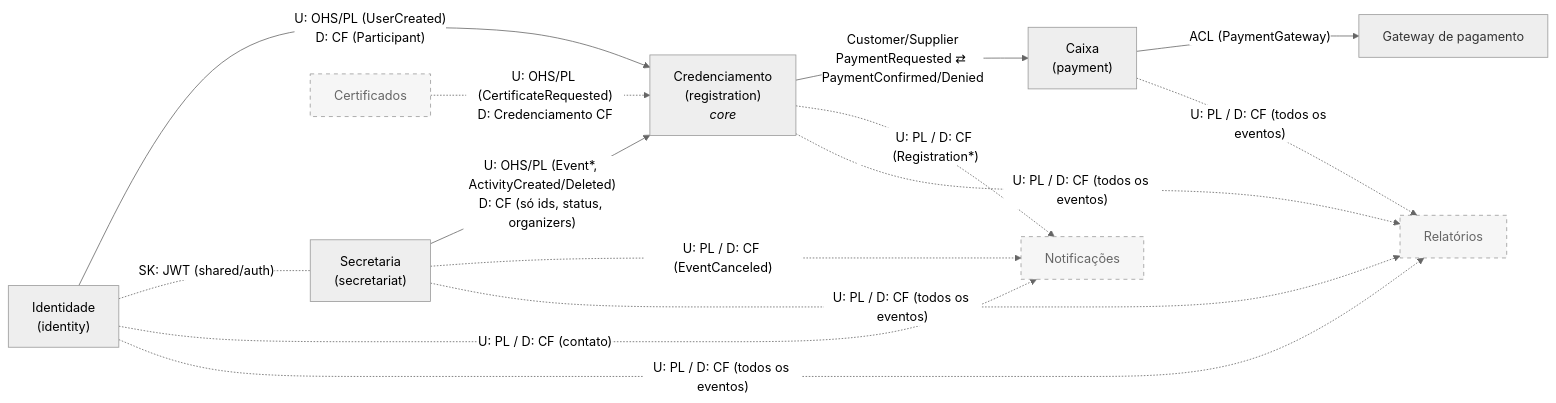
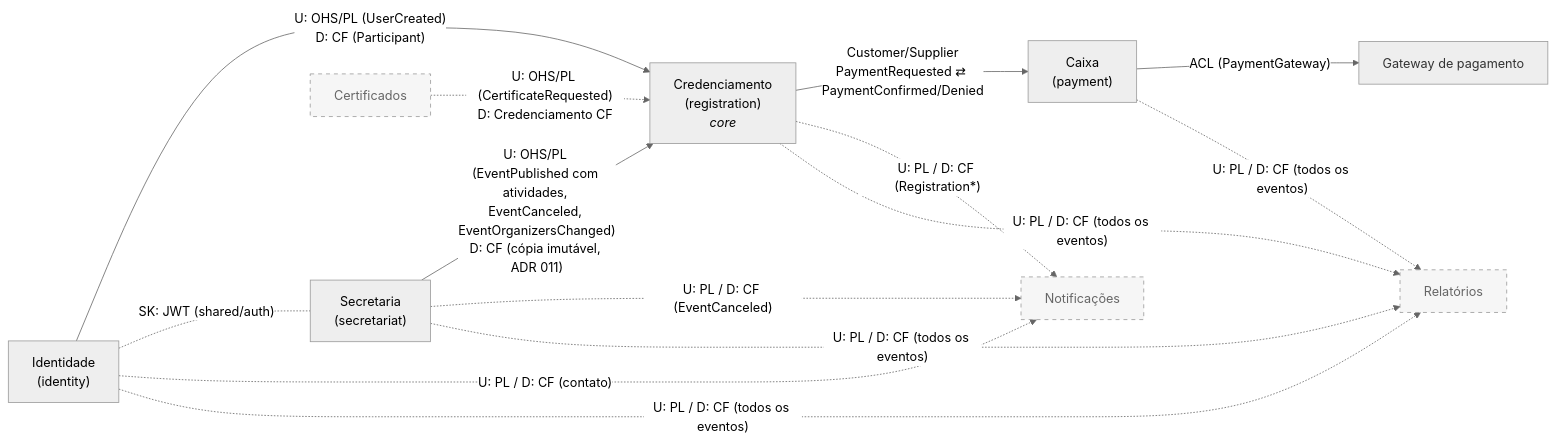
One commit to macaroots/EventHub changed the first of 3 diagrams in docs/arquitetura.md. Above: the diagram before and after it, drawn with Mermaid (neutral theme). The commit also changed other lines of this file and 22 other files, not shown here.

Commit message:
feat: evento imutável após publicação; EventPublished com retrato das atividades

````diff
--- a/docs/arquitetura.md
+++ b/docs/arquitetura.md
@@ -65,25 +61,25 @@
 ```mermaid
 flowchart LR
     classDef planned stroke-dasharray: 5 5,fill:#f6f6f6,color:#666
     classDef external fill:#eee,color:#333
 
     Identity["Identidade<br/>(identity)"]
     Secretaria["Secretaria<br/>(secretariat)"]
     Credenciamento["Credenciamento<br/>(registration)<br/><i>core</i>"]
     Caixa["Caixa<br/>(payment)"]
     Notificacoes["Notificações"]:::planned
     Certificados["Certificados"]:::planned
     Relatorios["Relatórios"]:::planned
     Gateway["Gateway de pagamento"]:::external
 
     Identity -- "U: OHS/PL (UserCreated)<br/>D: CF (Participant)" --> Credenciamento
     Identity -. "SK: JWT (shared/auth)" .- Secretaria
-    Secretaria -- "U: OHS/PL (Event*, ActivityCreated/Deleted)<br/>D: CF (só ids, status, organizers)" --> Credenciamento
+    Secretaria -- "U: OHS/PL (EventPublished com atividades, EventCanceled, EventOrganizersChanged)<br/>D: CF (cópia imutável, ADR 011)" --> Credenciamento
     Credenciamento -- "Customer/Supplier<br/>PaymentRequested ⇄ PaymentConfirmed/Denied" --> Caixa
     Caixa -- "ACL (PaymentGateway)" --> Gateway
     Certificados -. "U: OHS/PL (CertificateRequested)<br/>D: Credenciamento CF" .-> Credenciamento
     Credenciamento -. "U: PL / D: CF (Registration*)" .-> Notificacoes
     Secretaria -. "U: PL / D: CF (EventCanceled)" .-> Notificacoes
     Identity -. "U: PL / D: CF (contato)" .-> Notificacoes
     Credenciamento & Secretaria & Identity & Caixa -. "U: PL / D: CF (todos os eventos)" .-> Relatorios
 ```
````
